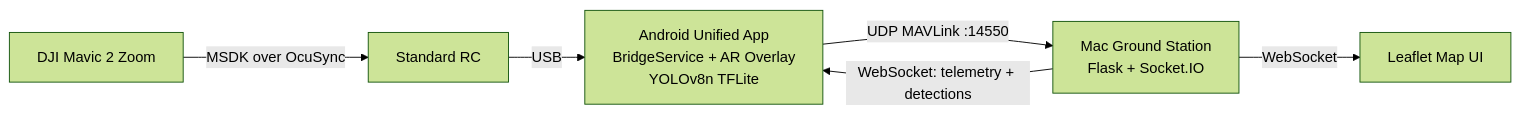
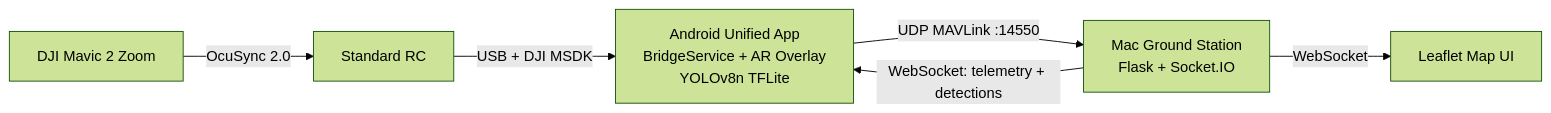
The diagram in README.md (vihorx/lattice-bridge), drawn with Mermaid (forest theme) before and after one commit. The commit also changed other lines of this file, not shown here.

Commit message:
docs: audit fixes — Stage 4A status, Architecture link labels, Limitations, Future Work

````diff
--- a/README.md
+++ b/README.md
@@ -11,8 +11,8 @@
 ```mermaid
 flowchart LR
-    Drone[DJI Mavic 2 Zoom] -->|MSDK over OcuSync| RC[Standard RC]
-    RC -->|USB| Phone[Android Unified App<br/>BridgeService + AR Overlay<br/>YOLOv8n TFLite]
+    Drone[DJI Mavic 2 Zoom] -->|OcuSync 2.0| RC[Standard RC]
+    RC -->|USB + DJI MSDK| Phone[Android Unified App<br/>BridgeService + AR Overlay<br/>YOLOv8n TFLite]
     Phone -->|UDP MAVLink :14550| Mac[Mac Ground Station<br/>Flask + Socket.IO]
     Mac -->|WebSocket: telemetry + detections| Phone
     Mac -->|WebSocket| Browser[Leaflet Map UI]
 ```
````
